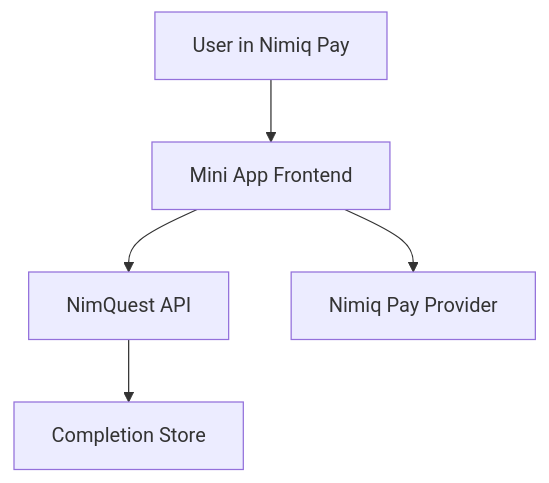
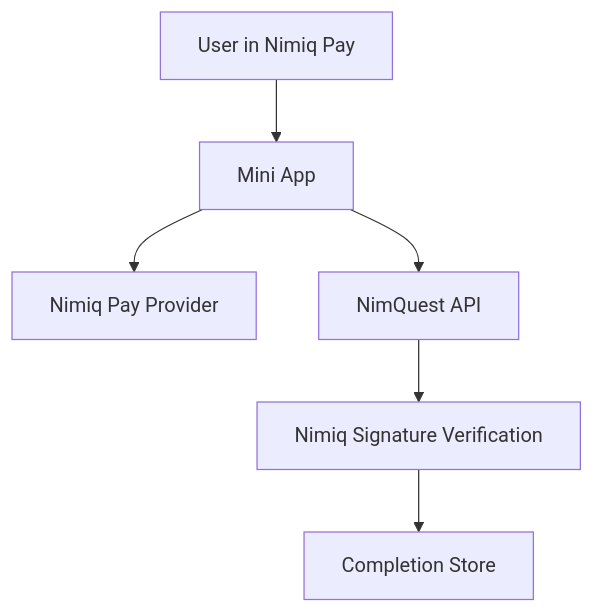
One commit to mystiquemide/nimquest changed the diagram in ARCHITECTURE.md. Above: the diagram before and after it, drawn with Mermaid. The commit also changed other lines of this file, not shown here.

Commit message:
Checkpoint 6: update ARCHITECTURE.md

````diff
--- a/ARCHITECTURE.md
+++ b/ARCHITECTURE.md
@@ -7,7 +5,8 @@
 ```mermaid
 flowchart TD
-  User["User in Nimiq Pay"] --> Frontend["Mini App Frontend"]
+  User["User in Nimiq Pay"] --> Frontend["Mini App"]
+  Frontend --> Provider["Nimiq Pay Provider"]
   Frontend --> API["NimQuest API"]
-  API --> Store["Completion Store"]
-  Frontend --> Wallet["Nimiq Pay Provider"]
+  API --> Verify["Nimiq Signature Verification"]
+  Verify --> Store["Completion Store"]
 ```
````
